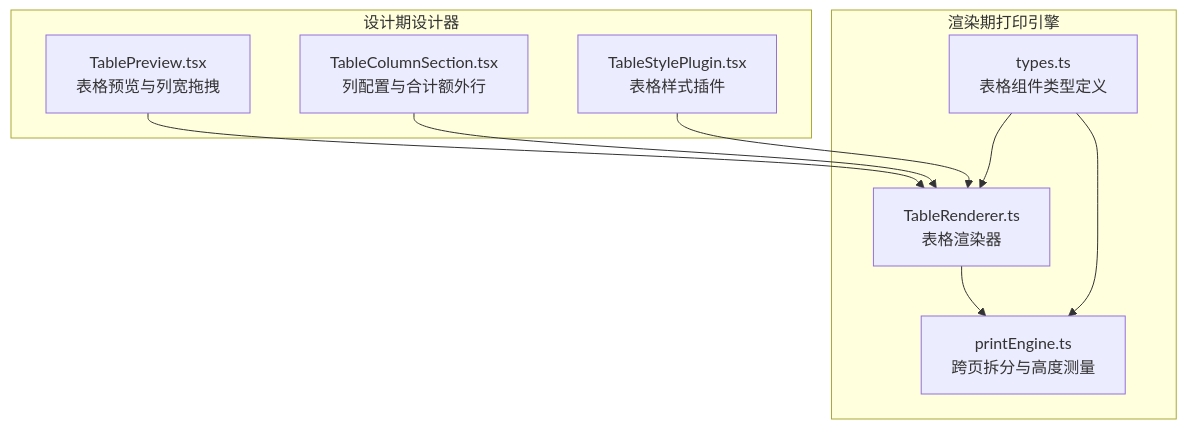
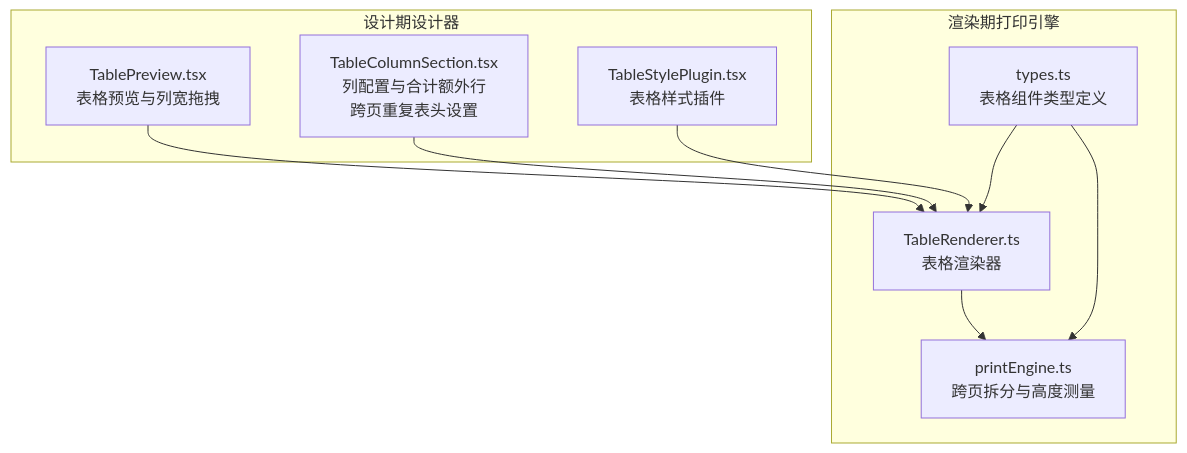
Before and after one commit to joker-yjc/printer: the first of 5 diagrams in .qoder/repowiki/zh/content/项目概述/核心特性/组件库系统/表格组件.md, drawn with Mermaid. The commit also changed other lines of this file and 61 other files, not shown here.

````diff
--- a/.qoder/repowiki/zh/content/项目概述/核心特性/组件库系统/表格组件.md
+++ b/.qoder/repowiki/zh/content/项目概述/核心特性/组件库系统/表格组件.md
@@ -48,19 +50,19 @@
 ```mermaid
 graph TB
 subgraph "设计期设计器"
 Preview["TablePreview.tsx<br/>表格预览与列宽拖拽"]
-ColumnSection["TableColumnSection.tsx<br/>列配置与合计额外行"]
+ColumnSection["TableColumnSection.tsx<br/>列配置与合计额外行<br/>跨页重复表头设置"]
 StylePlugin["TableStylePlugin.tsx<br/>表格样式插件"]
 end
 subgraph "渲染期打印引擎"
 Renderer["TableRenderer.ts<br/>表格渲染器"]
 Engine["printEngine.ts<br/>跨页拆分与高度测量"]
 Types["types.ts<br/>表格组件类型定义"]
 end
 Preview --> Renderer
 ColumnSection --> Renderer
 StylePlugin --> Renderer
 Renderer --> Engine
 Types --> Renderer
 Types --> Engine
 ```
````
